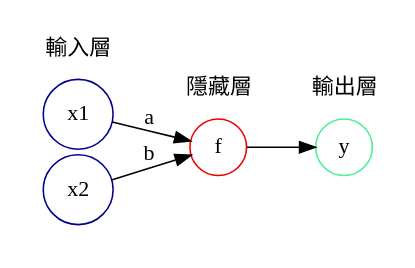
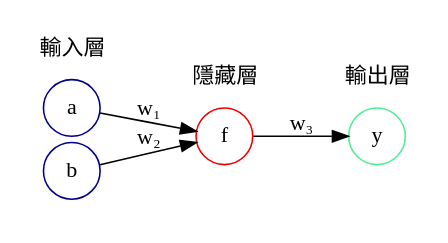
The sixth of 6 diagrams in 20221023154410-regression.org (letranger/AI), drawn with Graphviz before and after one commit. The commit also changed other lines of this file and 2 other files, not shown here.

```diff
--- a/20221023154410-regression.org
+++ b/20221023154410-regression.org
@@ -637,38 +721,33 @@
 #+BEGIN_SRC dot :file images/scoreNN.png :cmdline -Kdot -Tpng
   digraph threeLayerNetwork{
   rankdir=LR
   splines=line
         nodesep=.05;
         node [label=""];
         subgraph cluster_0 {
                  color=white;
                  node [style=solid,color=blue4, shape=circle];
-                 x1[label = x1];
-                 x3[label = x2];
-
-                 node [style=filled,color=gray, shape=circle];
+                 x1[label = "a"];
+                 x2[label = "b"];
                  label = "輸入層";
         }
         subgraph cluster_1 {
                  color=white;
                  node [style=filled,color=gray, shape=circle];
                  node [style=solid,color=red2, shape=circle];
                  a22[label = "f"];
                  label = "隱藏層";
         }
         subgraph cluster_3 {
                  color=white;
                  node [style=solid,color=seagreen2, shape=circle];
                  O1[label = y];
                  label="輸出層";
         }
-        x3 -> a22  [label="b"];
-        x1 -> a22 [label="a"];
-
-
-
-        a22 -> O1
+        x2 -> a22  [label="w₂"];
+        x1 -> a22 [label="w₁"];
+        a22 -> O1 [label="w₃"]
 
 
   }
 #+END_SRC
```
